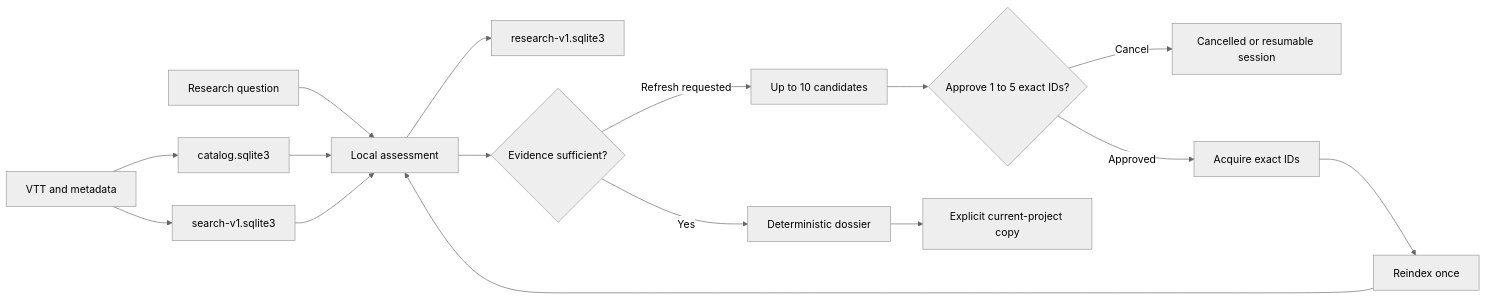
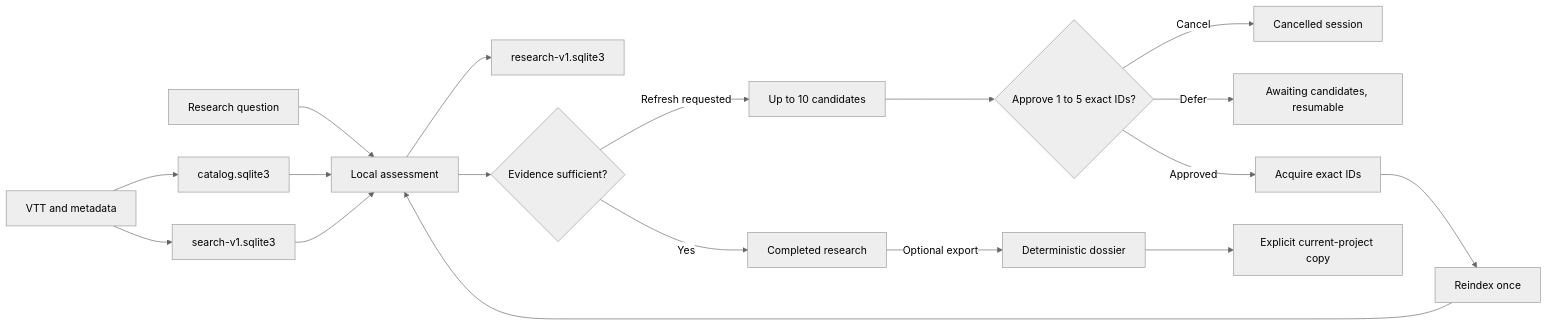
Before and after one commit to FlorianBruniaux/youtube-video-insights: the diagram in docs/assets/cumulative-research-workflow.mmd, drawn with Mermaid (neutral theme). The commit also changed 9 other files, not shown here.

```diff
--- a/docs/assets/cumulative-research-workflow.mmd
+++ b/docs/assets/cumulative-research-workflow.mmd
@@ -1,16 +1,18 @@
 flowchart LR
     U[Research question] --> A[Local assessment]
     VTT[VTT and metadata] --> CAT[catalog.sqlite3]
     VTT --> FTS[search-v1.sqlite3]
     CAT --> A
     FTS --> A
     A --> R[research-v1.sqlite3]
     A --> Q{Evidence sufficient?}
-    Q -->|Yes| D[Deterministic dossier]
+    Q -->|Yes| DONE[Completed research]
+    DONE -->|Optional export| D[Deterministic dossier]
     Q -->|Refresh requested| C[Up to 10 candidates]
     C --> P{Approve 1 to 5 exact IDs?}
-    P -->|Cancel| X[Cancelled or resumable session]
+    P -->|Cancel| X[Cancelled session]
+    P -->|Defer| HOLD[Awaiting candidates, resumable]
     P -->|Approved| ACQ[Acquire exact IDs]
     ACQ --> I[Reindex once]
     I --> A
     D --> E[Explicit current-project copy]
```
